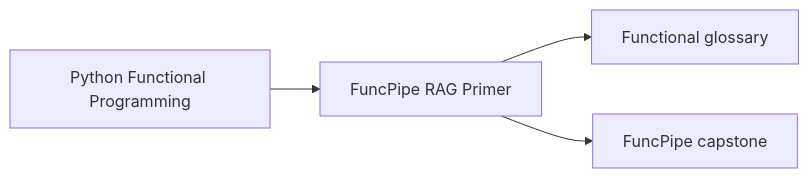
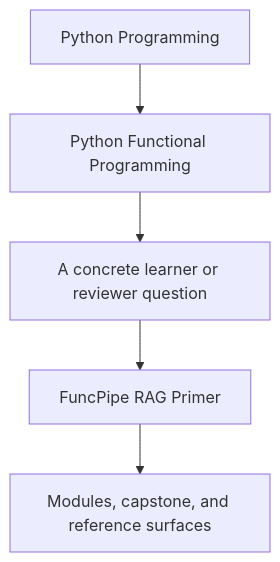
One commit to bijux/bijux-masterclass changed the first of 2 diagrams in programs/python-programming/python-functional-programming/course-book/guides/funcpipe-rag-primer.md. Above: the diagram before and after it, drawn with Mermaid. The commit also changed other lines of this file and 23 other files, not shown here.

Commit message:
docs(python-functional-programming): sharpen guide and reference diagrams

````diff
--- a/programs/python-programming/python-functional-programming/course-book/guides/funcpipe-rag-primer.md
+++ b/programs/python-programming/python-functional-programming/course-book/guides/funcpipe-rag-primer.md
@@ -7,6 +7,7 @@
 ```mermaid
-graph LR
-  course["Python Functional Programming"] --> primer["FuncPipe RAG Primer"]
-  primer --> glossary["Functional glossary"]
-  primer --> capstone["FuncPipe capstone"]
+flowchart TD
+  family["Python Programming"] --> program["Python Functional Programming"]
+  program --> pressure["A concrete learner or reviewer question"]
+  pressure --> guide["FuncPipe RAG Primer"]
+  guide --> next["Modules, capstone, and reference surfaces"]
 ```
````
